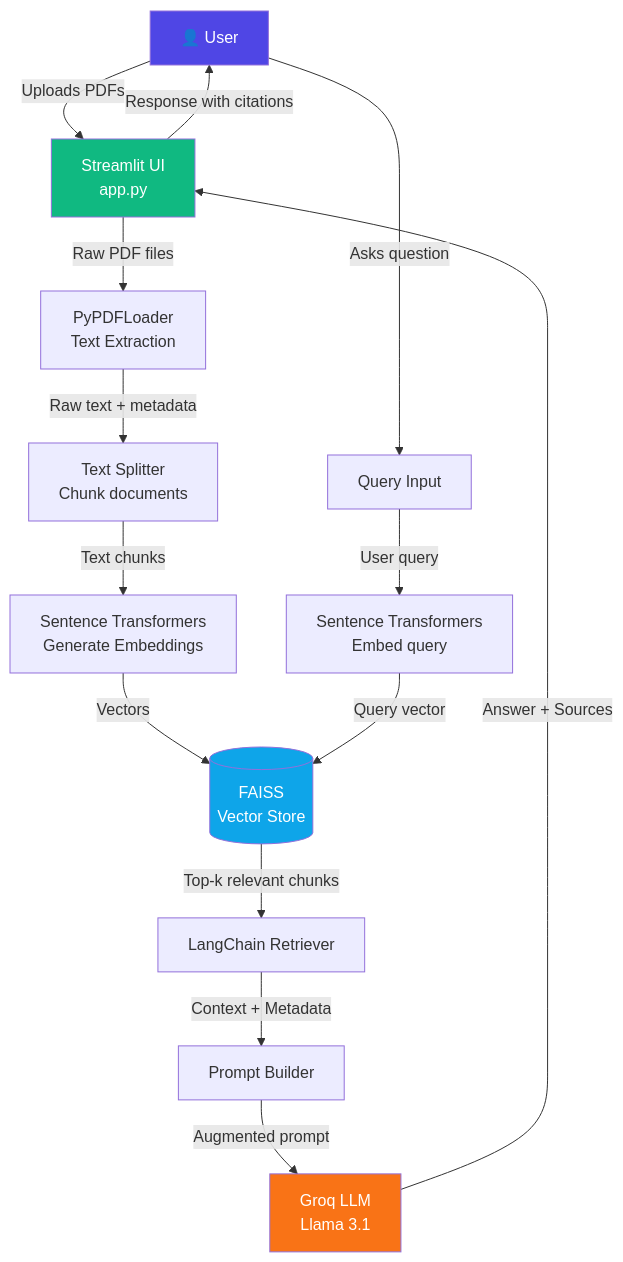
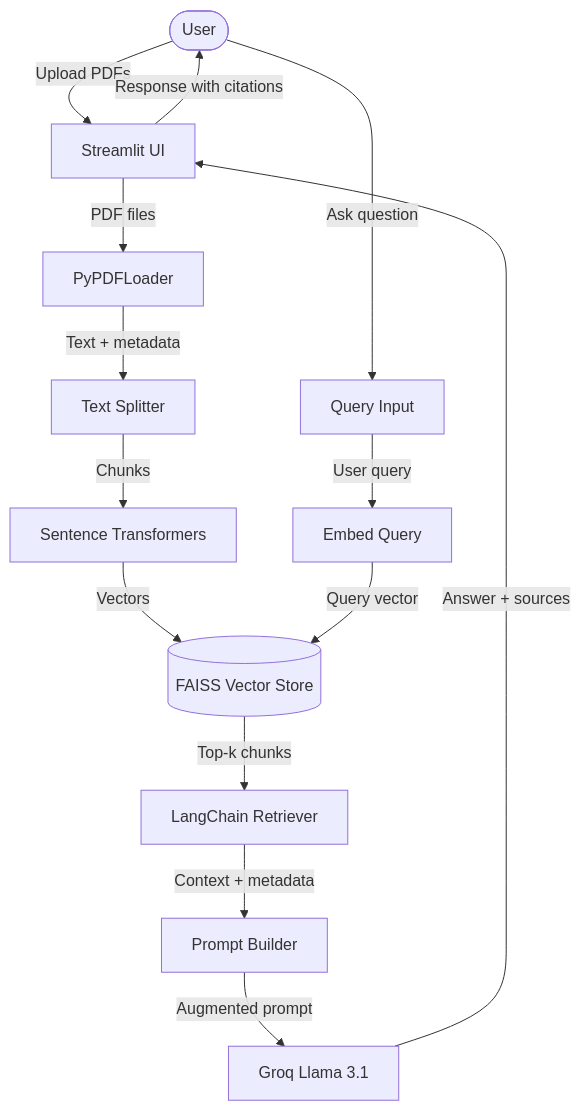
The first of 2 diagrams in README.md (dipsitarout/AI-PDF-ASSISANT), drawn with Mermaid before and after one commit. The commit also changed other lines of this file, not shown here.

Commit message:
Added project READMEnew

````diff
--- a/README.md
+++ b/README.md
@@ -59,22 +59,17 @@
 ```mermaid
 flowchart TD
-    A[👤 User] -->|Uploads PDFs| B[Streamlit UI\napp.py]
-    B -->|Raw PDF files| C[PyPDFLoader\nText Extraction]
-    C -->|Raw text + metadata| D[Text Splitter\nChunk documents]
-    D -->|Text chunks| E[Sentence Transformers\nGenerate Embeddings]
-    E -->|Vectors| F[(FAISS\nVector Store)]
+    A([User]) -->|Upload PDFs| B[Streamlit UI]
+    B -->|PDF files| C[PyPDFLoader]
+    C -->|Text + metadata| D[Text Splitter]
+    D -->|Chunks| E[Sentence Transformers]
+    E -->|Vectors| F[(FAISS Vector Store)]
 
-    A -->|Asks question| G[Query Input]
-    G -->|User query| H[Sentence Transformers\nEmbed query]
+    A -->|Ask question| G[Query Input]
+    G -->|User query| H[Embed Query]
     H -->|Query vector| F
-    F -->|Top-k relevant chunks| I[LangChain Retriever]
-    I -->|Context + Metadata| J[Prompt Builder]
-    J -->|Augmented prompt| K[Groq LLM\nLlama 3.1]
-    K -->|Answer + Sources| B
+    F -->|Top-k chunks| I[LangChain Retriever]
+    I -->|Context + metadata| J[Prompt Builder]
+    J -->|Augmented prompt| K[Groq Llama 3.1]
+    K -->|Answer + sources| B
     B -->|Response with citations| A
-
-    style A fill:#4f46e5,color:#fff
-    style F fill:#0ea5e9,color:#fff
-    style K fill:#f97316,color:#fff
-    style B fill:#10b981,color:#fff
 ```
````
